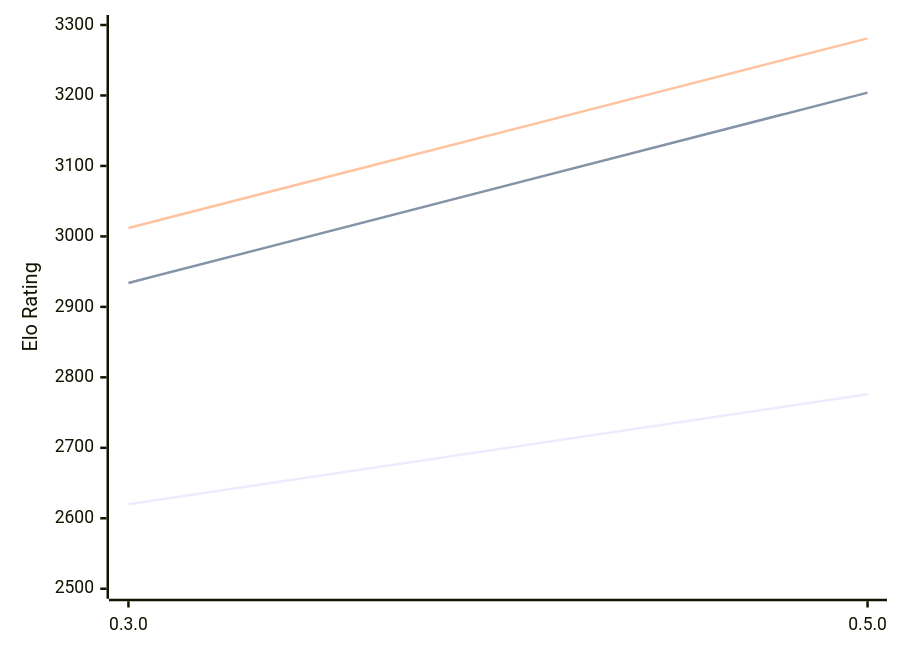
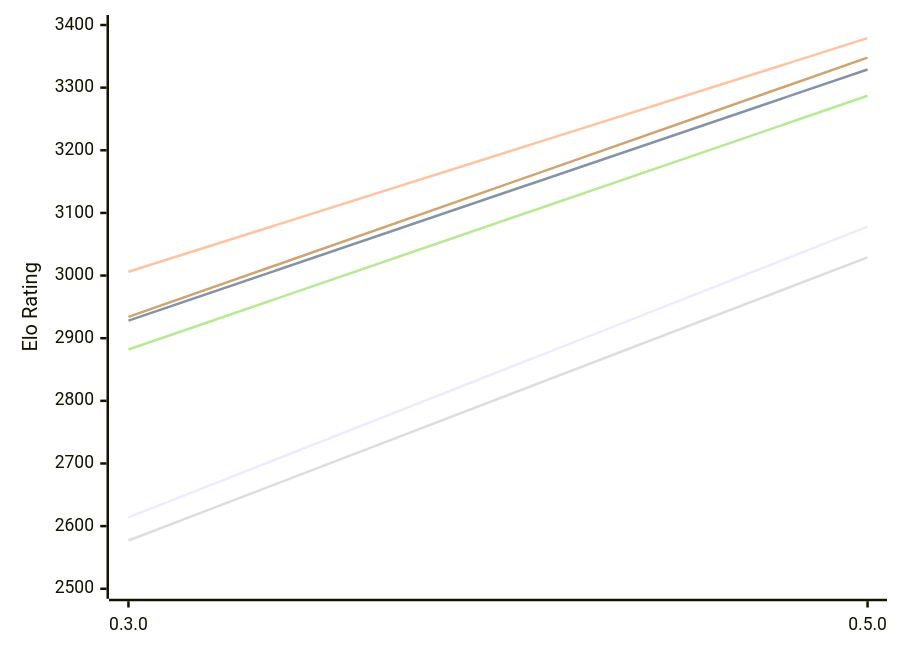
One commit to computer-chess-index/cci changed the diagram in engines/Crustik.md. Above: the diagram before and after it, drawn with Mermaid. The commit also changed other lines of this file, not shown here.

Commit message:
Update CCI Ratings (ELO VLTC) - 2026-11-18

````diff
--- a/engines/Crustik.md
+++ b/engines/Crustik.md
@@ -48,12 +49,12 @@
 ```mermaid
 %%{init: {"theme":"base","themeVariables":{"seriesColors:['#a3a3a3','#222221','#faa371']}}}%%
 xychart-beta
   x-axis ["0.3.0", "0.5.0"]
-  y-axis "Elo Rating" 2500 --> 3300
-  line "E1: STC (8.0+0.08s)" [2620, 2776]
-  line "E1: LTC (60.0+0.60s)" [2934, 3204]
-  line "E1: VLTC (2m24s+1.12s)" [3012, 3281]
-  line "P1: STC (8.0+0.08s)" [2572]
-  line "P1: LTC (60.0+0.60s)" [2876]
-  line "P1: VLTC (2m24s+1.12s)" [2928]
+  y-axis "Elo Rating" 2500 --> 3400
+  line "E1: STC (8.0+0.08s)" [2614, 3078]
+  line "E1: LTC (60.0+0.60s)" [2928, 3329]
+  line "E1: VLTC (2m24s+1.12s)" [3006, 3379]
+  line "P1: STC (8.0+0.08s)" [2577, 3029]
+  line "P1: LTC (60.0+0.60s)" [2882, 3287]
+  line "P1: VLTC (2m24s+1.12s)" [2934, 3348]
 ```
````
